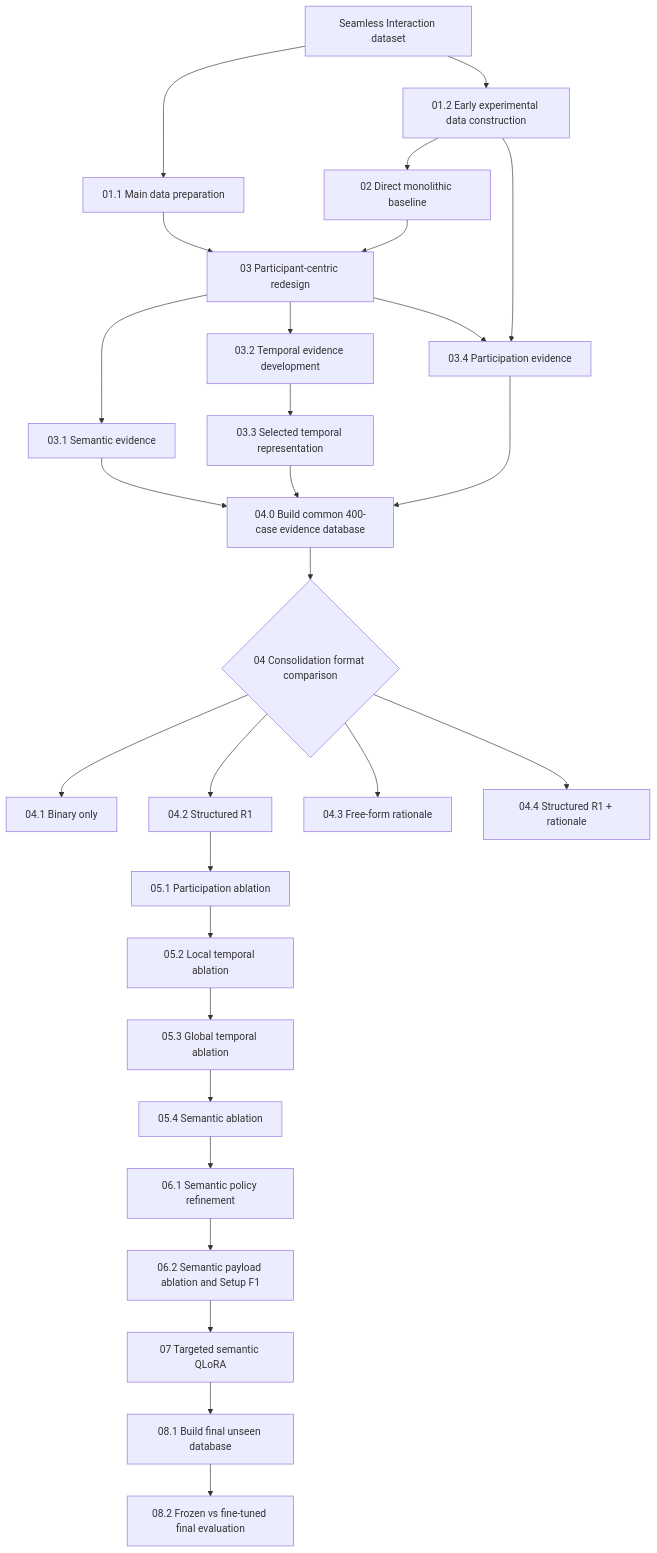
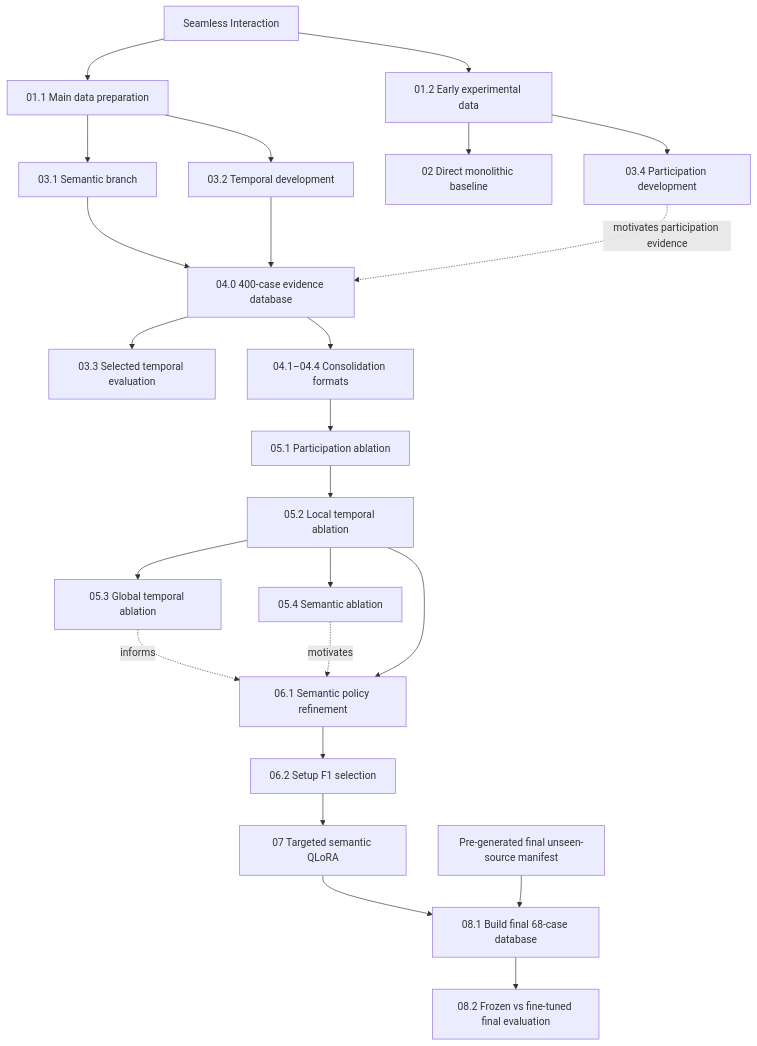
Before and after one commit to paraskevasvga/Thesis-participant-centric-conversation-anomaly-detection: the diagram in README.md, drawn with Mermaid. The commit also changed other lines of this file, not shown here.

````diff
--- a/README.md
+++ b/README.md
@@ -21,45 +63,37 @@
 ```mermaid
 flowchart TD
 
-    D["Seamless Interaction dataset"]
+    D["Seamless Interaction"]
 
     D --> A1["01.1 Main data preparation"]
-    D --> A2["01.2 Early experimental data construction"]
+    D --> A2["01.2 Early experimental data"]
 
     A2 --> B["02 Direct monolithic baseline"]
+    A2 --> P["03.4 Participation development"]
 
-    B --> C["03 Participant-centric redesign"]
-    A1 --> C
+    A1 --> S["03.1 Semantic branch"]
+    A1 --> T["03.2 Temporal development"]
 
-    C --> S["03.1 Semantic evidence"]
-    C --> T1["03.2 Temporal evidence development"]
-    C --> P["03.4 Participation evidence"]
+    S --> DB["04.0 400-case evidence database"]
+    T --> DB
+    P -. motivates participation evidence .-> DB
 
-    A2 --> P
+    DB --> TI["03.3 Selected temporal evaluation"]
+    DB --> C["04.1–04.4 Consolidation formats"]
 
-    T1 --> T2["03.3 Selected temporal representation"]
+    C --> AB1["05.1 Participation ablation"]
+    AB1 --> AB2["05.2 Local temporal ablation"]
+    AB2 --> AB3["05.3 Global temporal ablation"]
+    AB2 --> AB4["05.4 Semantic ablation"]
 
-    S --> DB["04.0 Build common 400-case evidence database"]
-    T2 --> DB
-    P --> DB
+    AB3 -. informs .-> R["06.1 Semantic policy refinement"]
+    AB4 -. motivates .-> R
+    AB2 --> R
 
-    DB --> CF{"04 Consolidation format comparison"}
-
-    CF --> C1["04.1 Binary only"]
-    CF --> C2["04.2 Structured R1"]
-    CF --> C3["04.3 Free-form rationale"]
-    CF --> C4["04.4 Structured R1 + rationale"]
-
-    C2 --> ABL1["05.1 Participation ablation"]
-    ABL1 --> ABL2["05.2 Local temporal ablation"]
-    ABL2 --> ABL3["05.3 Global temporal ablation"]
-    ABL3 --> ABL4["05.4 Semantic ablation"]
-
-    ABL4 --> R["06.1 Semantic policy refinement"]
-    R --> F1["06.2 Semantic payload ablation and Setup F1"]
-
+    R --> F1["06.2 Setup F1 selection"]
     F1 --> FT["07 Targeted semantic QLoRA"]
 
-    FT --> U1["08.1 Build final unseen database"]
+    M["Pre-generated final unseen-source manifest"] --> U1
+    FT --> U1["08.1 Build final 68-case database"]
     U1 --> U2["08.2 Frozen vs fine-tuned final evaluation"]
 ```
````
